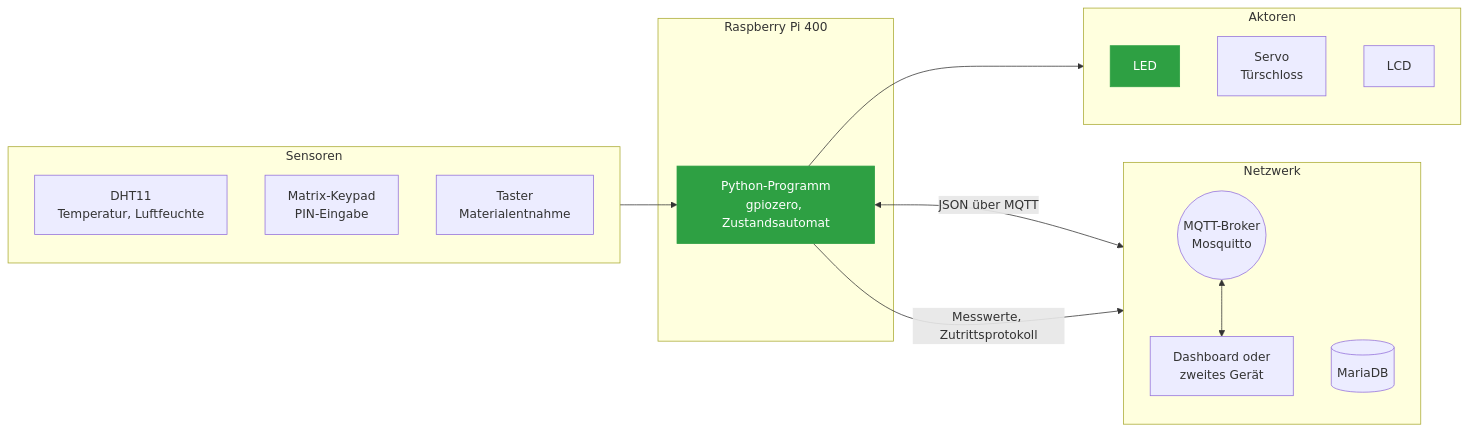
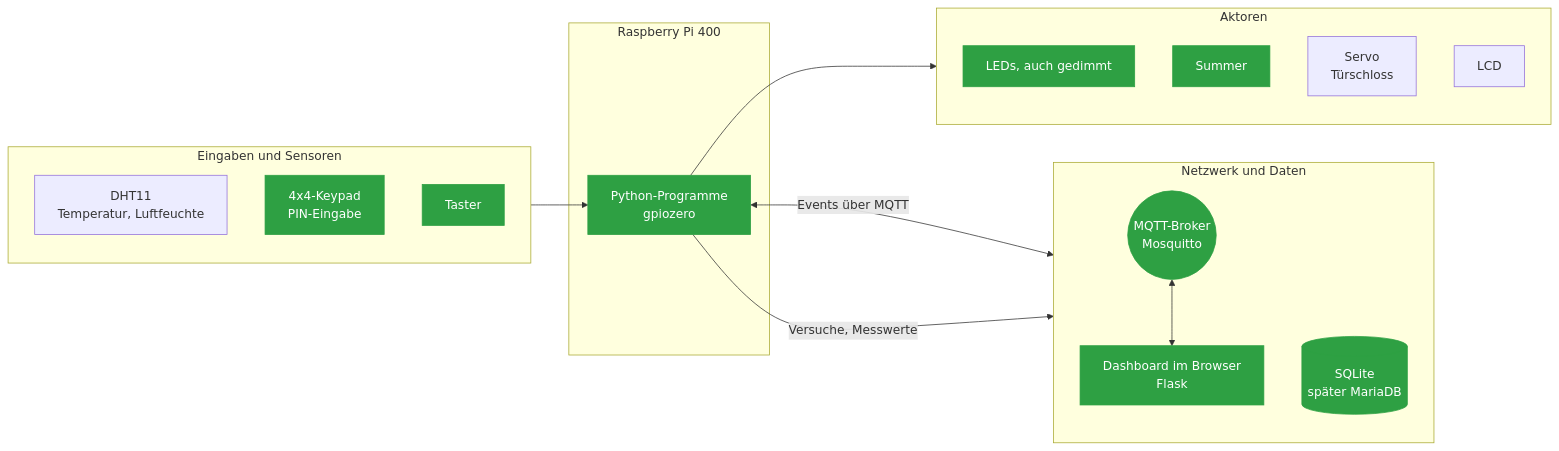
One commit to philmay1/lf07-cyber-physische-systeme changed the first of 4 diagrams in README.de.md. Above: the diagram before and after it, drawn with Mermaid. The commit also changed other lines of this file and 9 other files, not shown here.

````diff
--- a/README.de.md
+++ b/README.de.md
@@ -97,36 +115,37 @@
 ```mermaid
 flowchart LR
-    subgraph sensoren["Sensoren"]
+    subgraph sensoren["Eingaben und Sensoren"]
         direction TB
         S1["DHT11<br>Temperatur, Luftfeuchte"]
-        S2["Matrix-Keypad<br>PIN-Eingabe"]
-        S3["Taster<br>Materialentnahme"]
+        S2["4x4-Keypad<br>PIN-Eingabe"]
+        S3["Taster"]
     end
 
     subgraph pi["Raspberry Pi 400"]
-        P["Python-Programm<br>gpiozero, Zustandsautomat"]
+        P["Python-Programme<br>gpiozero"]
     end
 
     subgraph aktoren["Aktoren"]
         direction TB
-        A1["LED"]
+        A1["LEDs, auch gedimmt"]
+        A4["Summer"]
         A2["Servo<br>Türschloss"]
         A3["LCD"]
     end
 
-    subgraph netz["Netzwerk"]
+    subgraph netz["Netzwerk und Daten"]
         direction TB
         B(("MQTT-Broker<br>Mosquitto"))
-        C["Dashboard oder<br>zweites Gerät"]
-        D[("MariaDB")]
+        C["Dashboard im Browser<br>Flask"]
+        D[("SQLite<br>später MariaDB")]
     end
 
     sensoren --> P
     P --> aktoren
-    P <-->|"JSON über MQTT"| B
+    P <-->|"Events über MQTT"| B
     B <--> C
-    P -->|"Messwerte, Zutrittsprotokoll"| D
+    P -->|"Versuche, Messwerte"| D
 
     classDef fertig fill:#2ea043,stroke:#2ea043,color:#fff
-    class A1,P fertig
+    class S2,S3,P,A1,A4,B,C,D fertig
 ```
````
